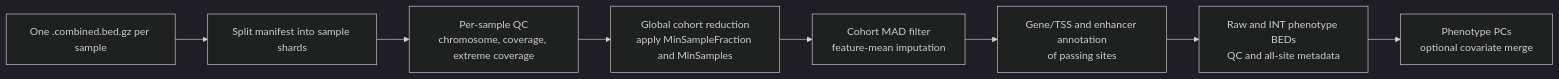
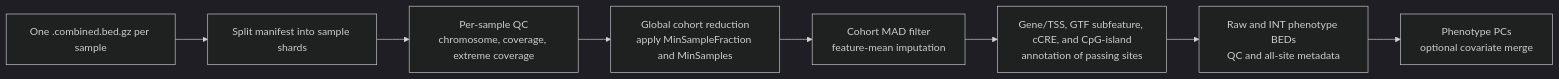
The diagram in docs/methylation-qtl.md (AoU-Multiomics-Analysis/prepare_QTL), drawn with Mermaid (dark theme) before and after one commit. The commit also changed other lines of this file and 3 other files, not shown here.

````diff
--- a/docs/methylation-qtl.md
+++ b/docs/methylation-qtl.md
@@ -37,10 +37,10 @@
 ```mermaid
 flowchart LR
     A["One .combined.bed.gz per sample"] --> B["Split manifest into sample shards"]
     B --> C["Per-sample QC\nchromosome, coverage, extreme coverage"]
     C --> D["Global cohort reduction\napply MinSampleFraction and MinSamples"]
     D --> E["Cohort MAD filter\nfeature-mean imputation"]
-    E --> F["Gene/TSS and enhancer annotation\nof passing sites"]
+    E --> F["Gene/TSS, GTF subfeature, cCRE, and CpG-island\nannotation of passing sites"]
     F --> G["Raw and INT phenotype BEDs\nQC and all-site metadata"]
     G --> H["Phenotype PCs\noptional covariate merge"]
 ```
````
